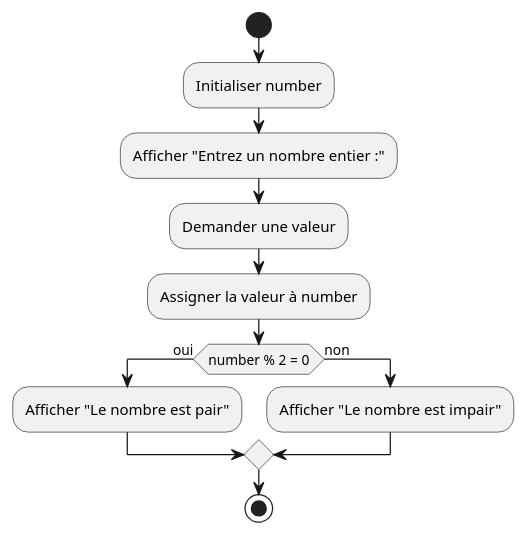
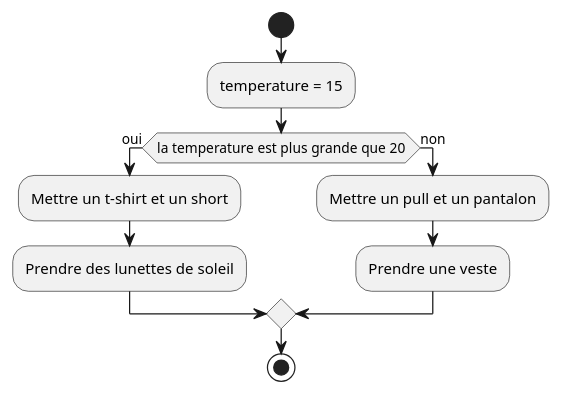
The second of 10 diagrams in 02.01-sequence-selection-iteration/02-exercices/README.md (HEIG-VD-Prog-Course/HEIG-VD-ProgIM-Course), drawn with PlantUML before and after one commit. The commit also changed other lines of this file and 1 other file, not shown here.

Commit message:
Refactor exercises in sequence, selection, and iteration section: (#15)

````diff
--- a/02.01-sequence-selection-iteration/02-exercices/README.md
+++ b/02.01-sequence-selection-iteration/02-exercices/README.md
@@ -243,15 +231,14 @@
 ```plantuml
 @startuml
 start
-:Initialiser number;
-:Afficher "Entrez un nombre entier :";
-:Demander une valeur;
-:Assigner la valeur à number;
-if (number % 2 = 0) then (oui)
-    :Afficher "Le nombre est pair";
+:temperature = 15;
+if (la temperature est plus grande que 20) then (oui)
+    :Mettre un t-shirt et un short;
+    :Prendre des lunettes de soleil;
 else (non)
-    :Afficher "Le nombre est impair";
+    :Mettre un pull et un pantalon;
+    :Prendre une veste;
 endif
 stop
 @enduml
 ```
````
